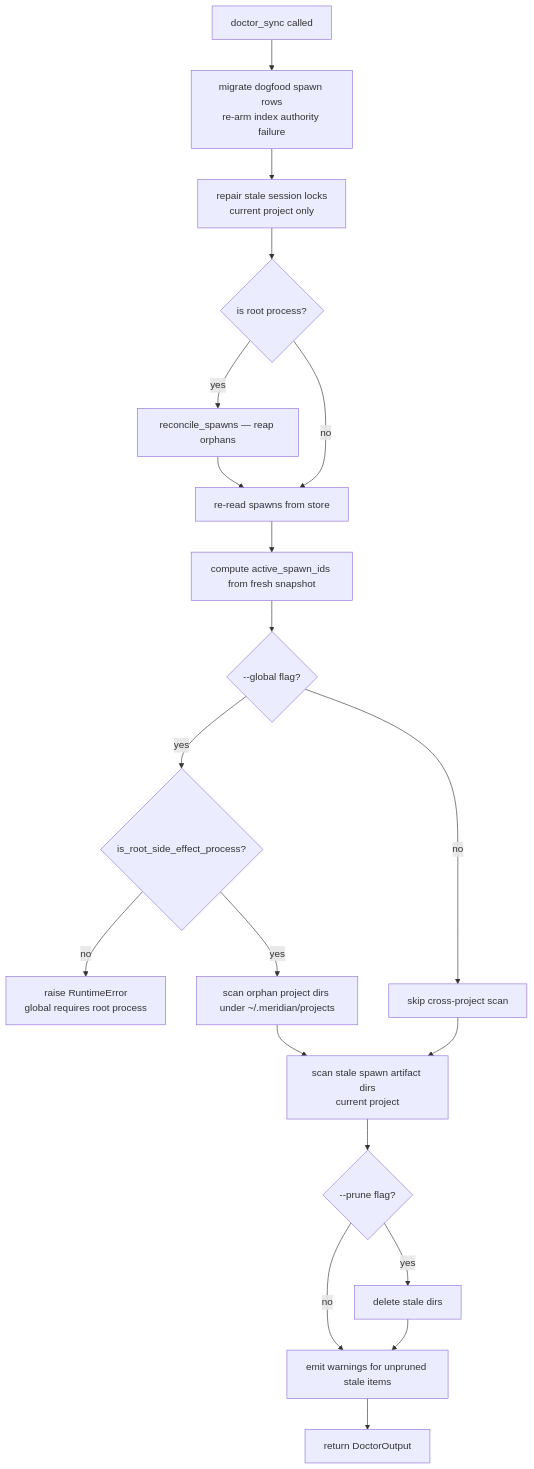
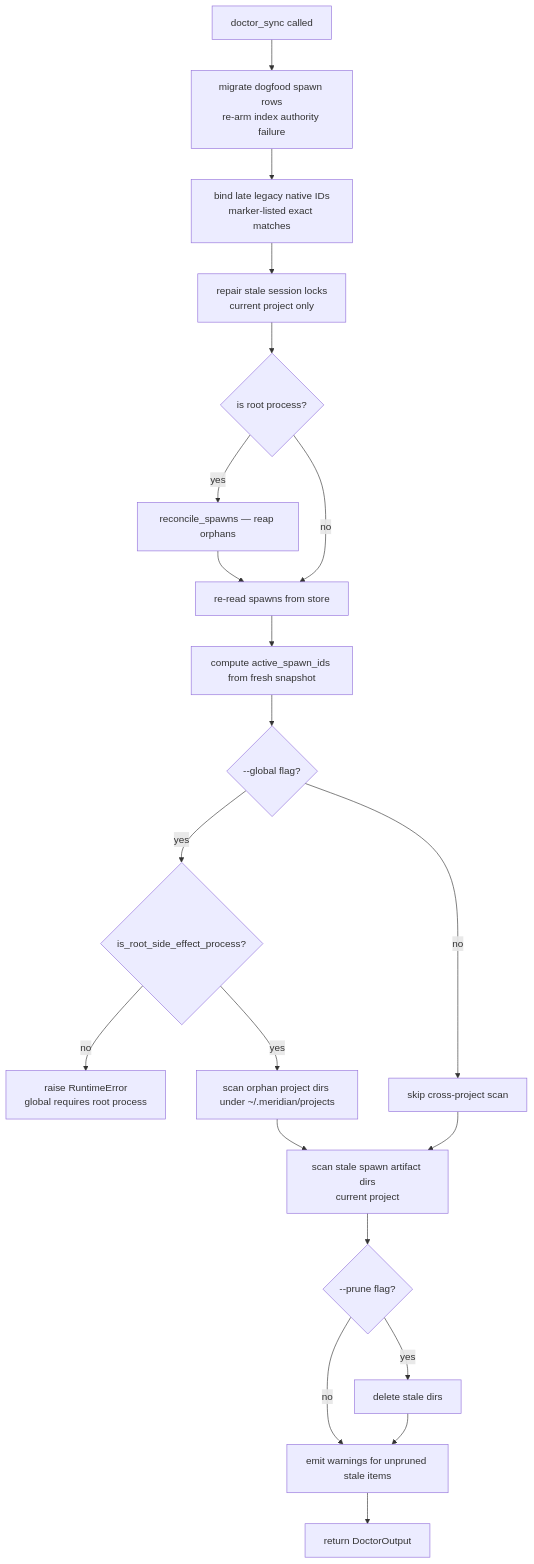
The diagram in kb/operations/health-checks.md (haowjy/meridian-cli-kb), drawn with Mermaid before and after one commit. The commit also changed other lines of this file and 1 other file, not shown here.

````diff
--- a/kb/operations/health-checks.md
+++ b/kb/operations/health-checks.md
@@ -30,22 +30,23 @@
 ```mermaid
 flowchart TD
     A[doctor_sync called] --> A2[migrate dogfood spawn rows\nre-arm index authority failure]
-    A2 --> B[repair stale session locks\ncurrent project only]
+    A2 --> A3[bind late legacy native IDs\nmarker-listed exact matches]
+    A3 --> B[repair stale session locks\ncurrent project only]
     B --> C{is root process?}
     C -- yes --> D[reconcile_spawns — reap orphans]
     D --> E[re-read spawns from store]
     C -- no --> E
     E --> F[compute active_spawn_ids from fresh snapshot]
     F --> G{--global flag?}
     G -- yes --> G2{is_root_side_effect_process?}
     G2 -- no --> G3[raise RuntimeError\nglobal requires root process]
     G2 -- yes --> H[scan orphan project dirs under ~/.meridian/projects]
     G -- no --> I[skip cross-project scan]
     H --> J[scan stale spawn artifact dirs\ncurrent project]
     I --> J
     J --> K{--prune flag?}
     K -- yes --> L[delete stale dirs]
     K -- no --> M[emit warnings for unpruned stale items]
     L --> M
     M --> N[return DoctorOutput]
 ```
````
